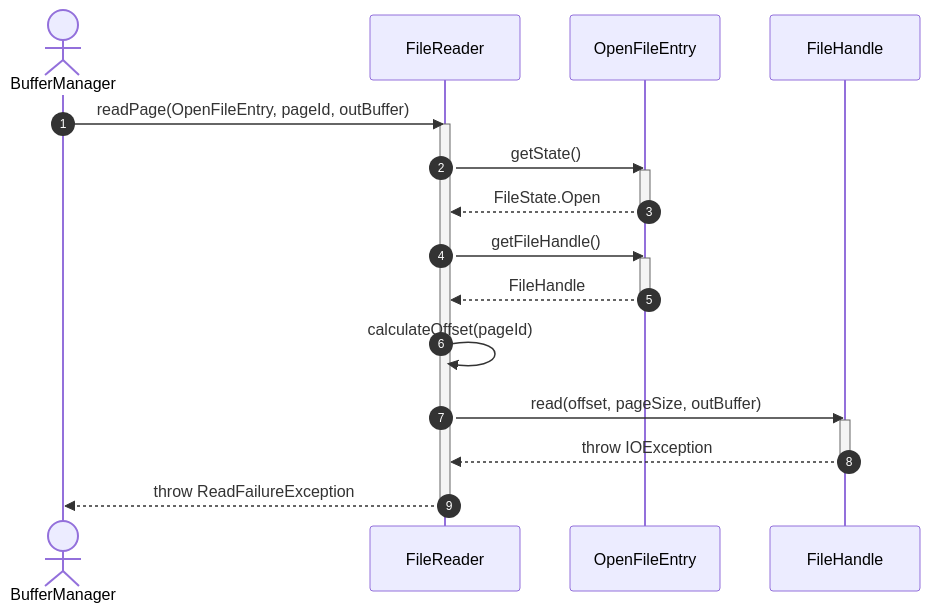
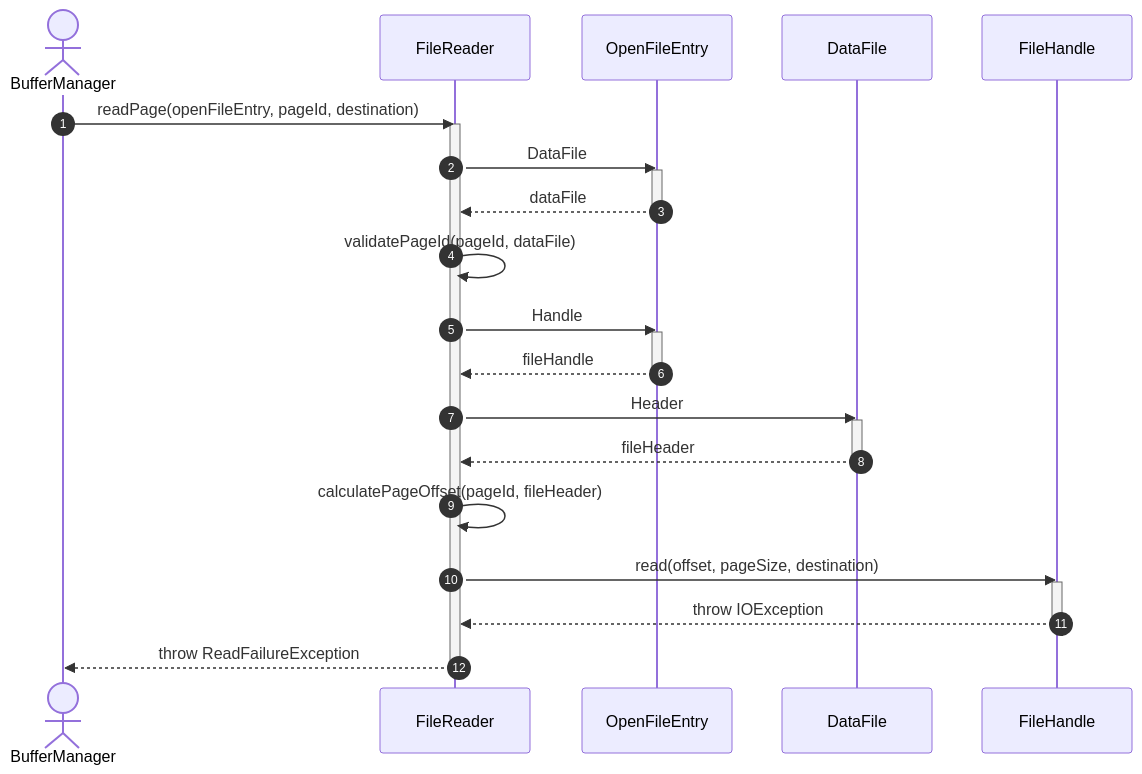
One commit to manaxpow/DBMS changed the fourth of 4 diagrams in docs/diagrams/sequence-diagrams/storage-engine/file-management/file-io/read-file.md. Above: the diagram before and after it, drawn with Mermaid. The commit also changed other lines of this file and 41 other files, not shown here.

Commit message:
#3 upload class and sequencce diagram

````diff
--- a/docs/diagrams/sequence-diagrams/storage-engine/file-management/file-io/read-file.md
+++ b/docs/diagrams/sequence-diagrams/storage-engine/file-management/file-io/read-file.md
@@ -68,31 +123,39 @@
 ```mermaid
 sequenceDiagram
     autonumber
     actor BM as BufferManager
     participant FR as FileReader
     participant OE as OpenFileEntry
+    participant DF as DataFile
     participant FH as FileHandle
 
-    BM->>FR: readPage(OpenFileEntry, pageId, outBuffer)
+    BM->>FR: readPage(openFileEntry, pageId, destination)
     activate FR
     
-    FR->>OE: getState()
+    FR->>OE: DataFile
     activate OE
-    OE-->>FR: FileState.Open
+    OE-->>FR: dataFile
     deactivate OE
     
-    FR->>OE: getFileHandle()
+    FR->>FR: validatePageId(pageId, dataFile)
+    
+    FR->>OE: Handle
     activate OE
-    OE-->>FR: FileHandle
+    OE-->>FR: fileHandle
     deactivate OE
     
-    FR->>FR: calculateOffset(pageId)
+    FR->>DF: Header
+    activate DF
+    DF-->>FR: fileHeader
+    deactivate DF
     
-    FR->>FH: read(offset, pageSize, outBuffer)
+    FR->>FR: calculatePageOffset(pageId, fileHeader)
+    
+    FR->>FH: read(offset, pageSize, destination)
     activate FH
     FH-->>FR: throw IOException
     deactivate FH
     
     FR-->>BM: throw ReadFailureException
     deactivate FR
 ```
````
